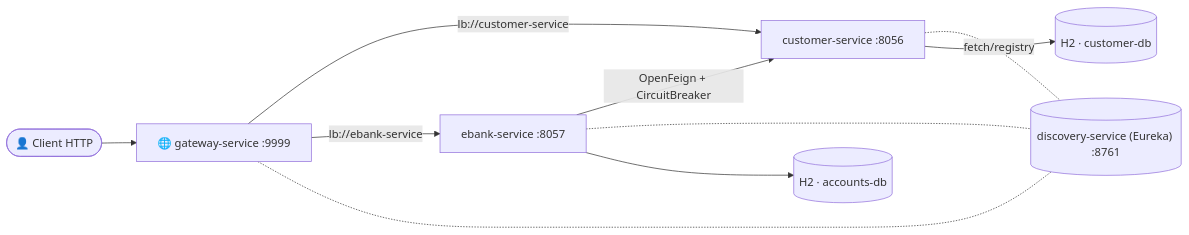
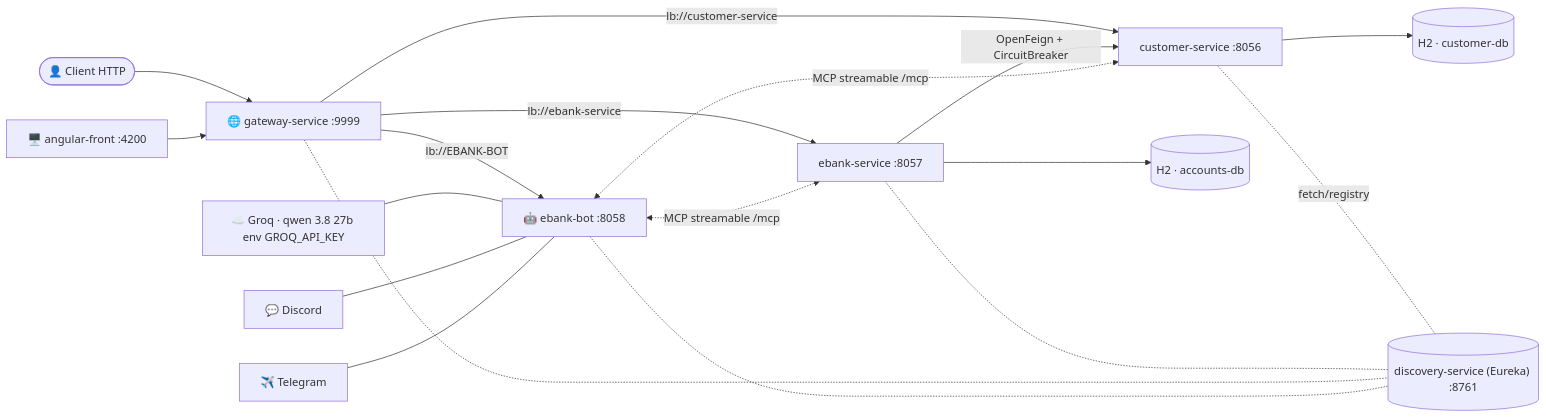
Before and after one commit to saadaitsaid26/ebank-agentic-microservices: the diagram in README.md, drawn with Mermaid. The commit also changed other lines of this file, not shown here.

Commit message:
Document agent layer (ebank-bot) and Angular frontend in README

````diff
--- a/README.md
+++ b/README.md
@@ -35,14 +39,22 @@
 ```mermaid
 flowchart LR
     Client(["👤 Client HTTP"]) --> GW
+    UI["🖥️ angular-front :4200"] --> GW
     GW["🌐 gateway-service :9999"]
     GW -->|lb://customer-service| CS["customer-service :8056"]
     GW -->|lb://ebank-service| ES["ebank-service :8057"]
+    GW -->|"lb://EBANK-BOT"| BOT["🤖 ebank-bot :8058"]
     ES -->|"OpenFeign + CircuitBreaker"| CS
+    BOT <-.->|"MCP streamable /mcp"| CS
+    BOT <-.->|"MCP streamable /mcp"| ES
+    LLM["☁️ Groq · qwen 3.8 27b env GROQ_API_KEY"] --- BOT
+    DIST["💬 Discord"] --- BOT
+    TG["✈️ Telegram"] --- BOT
     EUREKA[("discovery-service (Eureka) :8761")]
     CS -.-|"fetch/registry"| EUREKA
     ES -.- EUREKA
     GW -.- EUREKA
+    BOT -.- EUREKA
     CS --> DB1[("H2 · customer-db")]
     ES --> DB2[("H2 · accounts-db")]
 ```
````
